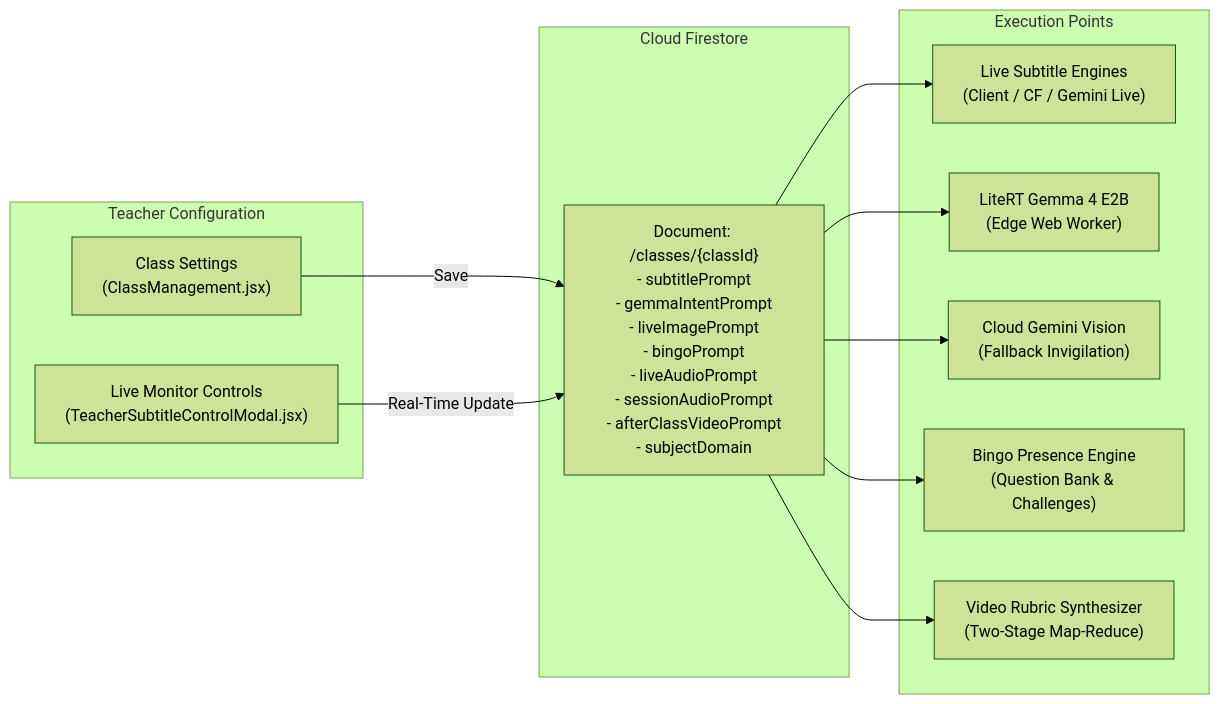
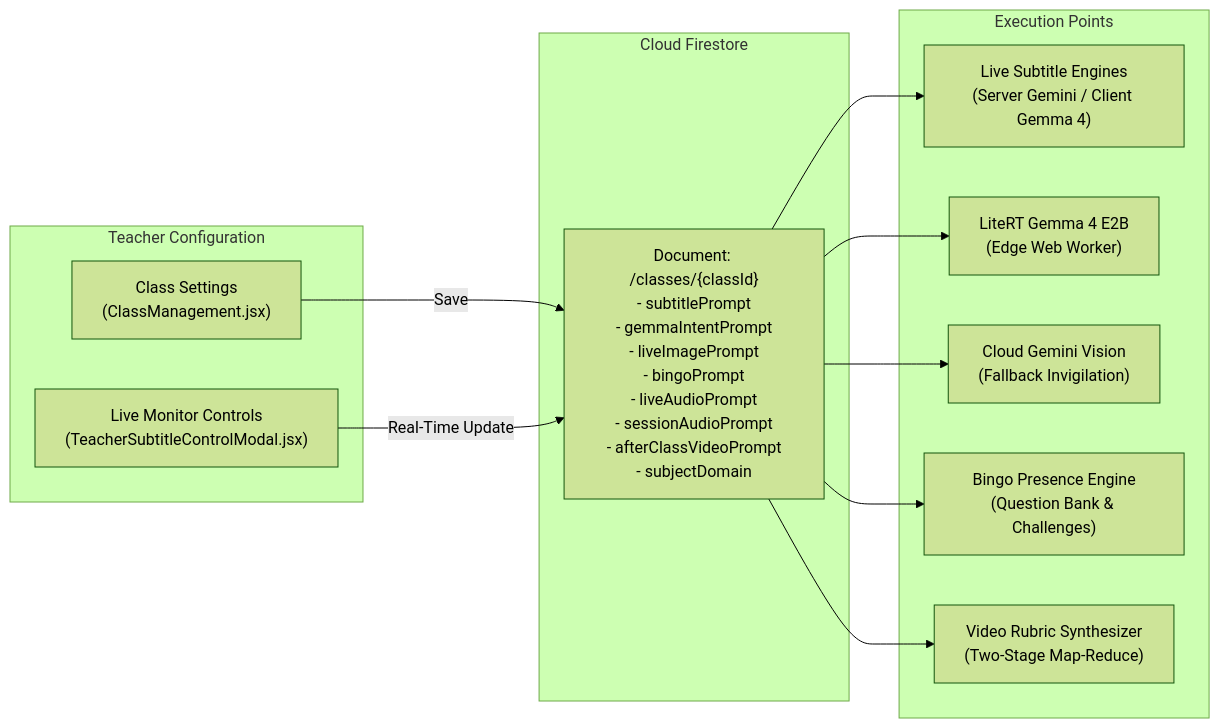
The second of 6 diagrams in docs/user-manual-teacher.md (wongcyrus/Google-AI-Classroom), drawn with Mermaid (forest theme) before and after one commit. The commit also changed other lines of this file and 51 other files, not shown here.

````diff
--- a/docs/user-manual-teacher.md
+++ b/docs/user-manual-teacher.md
@@ -323,27 +324,27 @@
 ```mermaid
 flowchart LR
     subgraph UI ["Teacher Configuration"]
         CM["Class Settings\n(ClassManagement.jsx)"]
         Mon["Live Monitor Controls\n(TeacherSubtitleControlModal.jsx)"]
     end
 
     subgraph DB ["Cloud Firestore"]
         Doc["Document: /classes/{classId}\n- subtitlePrompt\n- gemmaIntentPrompt\n- liveImagePrompt\n- bingoPrompt\n- liveAudioPrompt\n- sessionAudioPrompt\n- afterClassVideoPrompt\n- subjectDomain"]
     end
 
     subgraph Runtime ["Execution Points"]
-        E1["Live Subtitle Engines\n(Client / CF / Gemini Live)"]
+        E1["Live Subtitle Engines\n(Server Gemini / Client Gemma 4)"]
         E2["LiteRT Gemma 4 E2B\n(Edge Web Worker)"]
         E3["Cloud Gemini Vision\n(Fallback Invigilation)"]
         E4["Bingo Presence Engine\n(Question Bank & Challenges)"]
         E5["Video Rubric Synthesizer\n(Two-Stage Map-Reduce)"]
     end
 
     CM -->|Save| Doc
     Mon -->|Real-Time Update| Doc
     Doc --> E1
     Doc --> E2
     Doc --> E3
     Doc --> E4
     Doc --> E5
 ```
````
